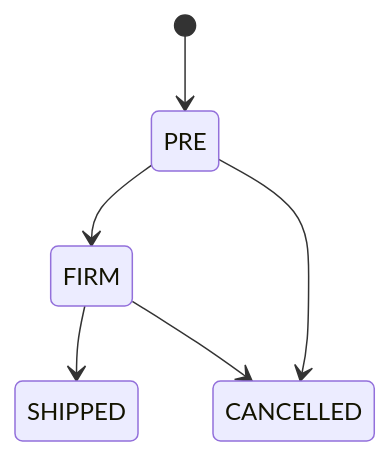
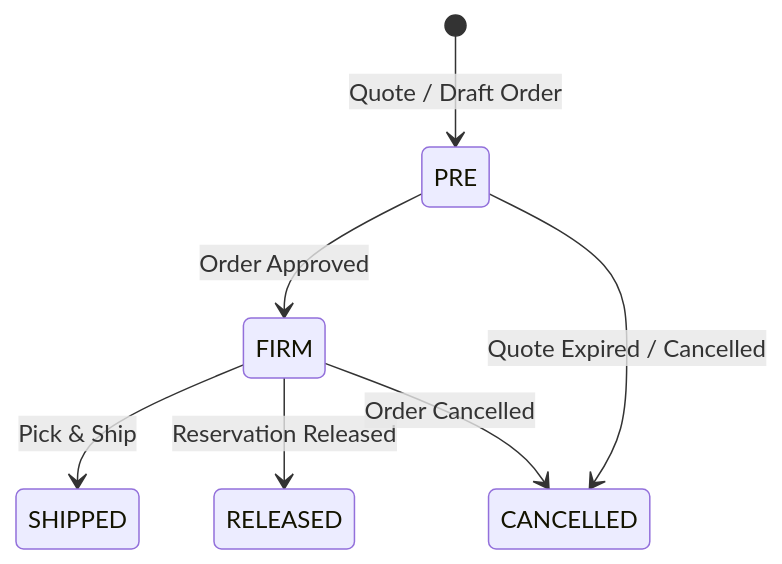
Before and after one commit to tenarm/docs: the second of 5 diagrams in user-guides/modules/inventory.md, drawn with Mermaid. The commit also changed other lines of this file and 42 other files, not shown here.

````diff
--- a/user-guides/modules/inventory.md
+++ b/user-guides/modules/inventory.md
@@ -51,8 +173,9 @@
 ```mermaid
 stateDiagram-v2
-    [*] --> PRE
-    PRE --> FIRM
-    FIRM --> SHIPPED
-    FIRM --> CANCELLED
-    PRE --> CANCELLED
+    [*] --> PRE : Quote / Draft Order
+    PRE --> FIRM : Order Approved
+    PRE --> CANCELLED : Quote Expired / Cancelled
+    FIRM --> SHIPPED : Pick & Ship
+    FIRM --> RELEASED : Reservation Released
+    FIRM --> CANCELLED : Order Cancelled
 ```
````
